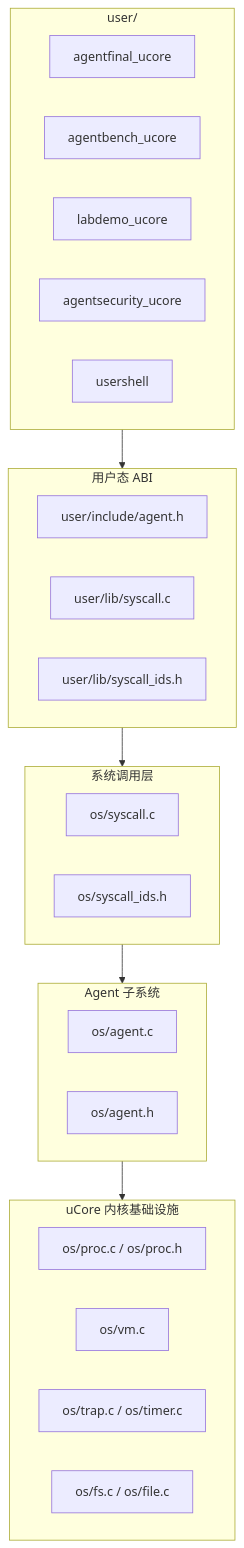
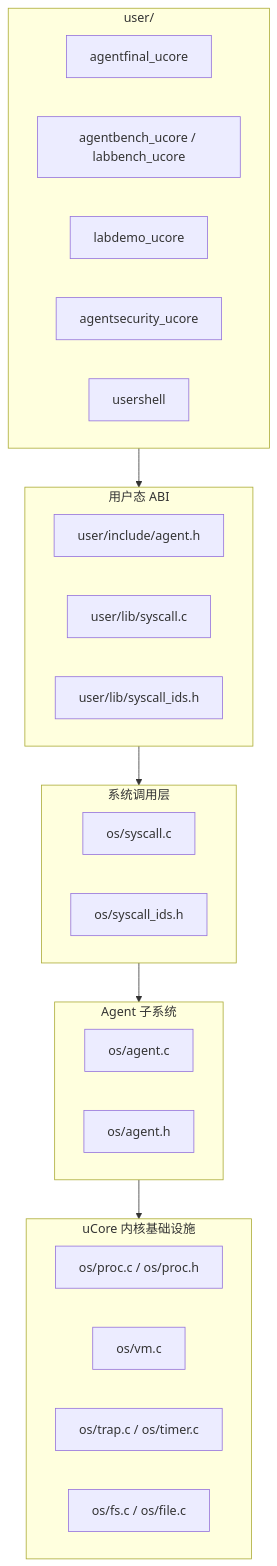
Before and after one commit to yushugulao/Agent-OS: the second of 7 diagrams in docs/design.md, drawn with Mermaid. The commit also changed other lines of this file and 22 other files, not shown here.

````diff
--- a/docs/design.md
+++ b/docs/design.md
@@ -97,30 +97,30 @@
 ```mermaid
 flowchart TB
     subgraph User["user/"]
         U1["agentfinal_ucore"]
-        U2["agentbench_ucore"]
+        U2["agentbench_ucore / labbench_ucore"]
         U3["labdemo_ucore"]
         U4["agentsecurity_ucore"]
         U5["usershell"]
     end
     subgraph ABI["用户态 ABI"]
         A1["user/include/agent.h"]
         A2["user/lib/syscall.c"]
         A3["user/lib/syscall_ids.h"]
     end
     subgraph Sys["系统调用层"]
         S1["os/syscall.c"]
         S2["os/syscall_ids.h"]
     end
     subgraph Agent["Agent 子系统"]
         K1["os/agent.c"]
         K2["os/agent.h"]
     end
     subgraph Kernel["uCore 内核基础设施"]
         P1["os/proc.c / os/proc.h"]
         V1["os/vm.c"]
         T1["os/trap.c / os/timer.c"]
         F1["os/fs.c / os/file.c"]
     end
     User --> ABI --> Sys --> Agent --> Kernel
 ```
````
